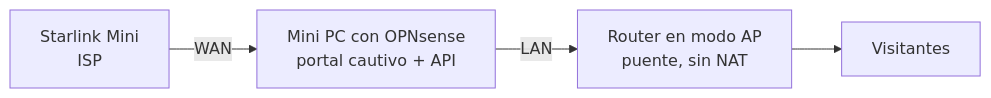
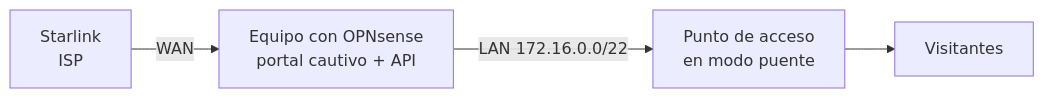
Before and after one commit to TipoTramquilo/byteservices-portal: the diagram in docs/pending/ops/router.md, drawn with Mermaid. The commit also changed other lines of this file and 26 other files, not shown here.

````diff
--- a/docs/pending/ops/router.md
+++ b/docs/pending/ops/router.md
@@ -11,6 +26,6 @@
 ```mermaid
 graph LR
-    S[Starlink Mini<br/>ISP] -->|WAN| M[Mini PC con OPNsense<br/>portal cautivo + API]
-    M -->|LAN| AP[Router en modo AP<br/>puente, sin NAT]
+    S[Starlink<br/>ISP] -->|WAN| M[Equipo con OPNsense<br/>portal cautivo + API]
+    M -->|LAN 172.16.0.0/22| AP[Punto de acceso<br/>en modo puente]
     AP --> V[Visitantes]
 ```
````
